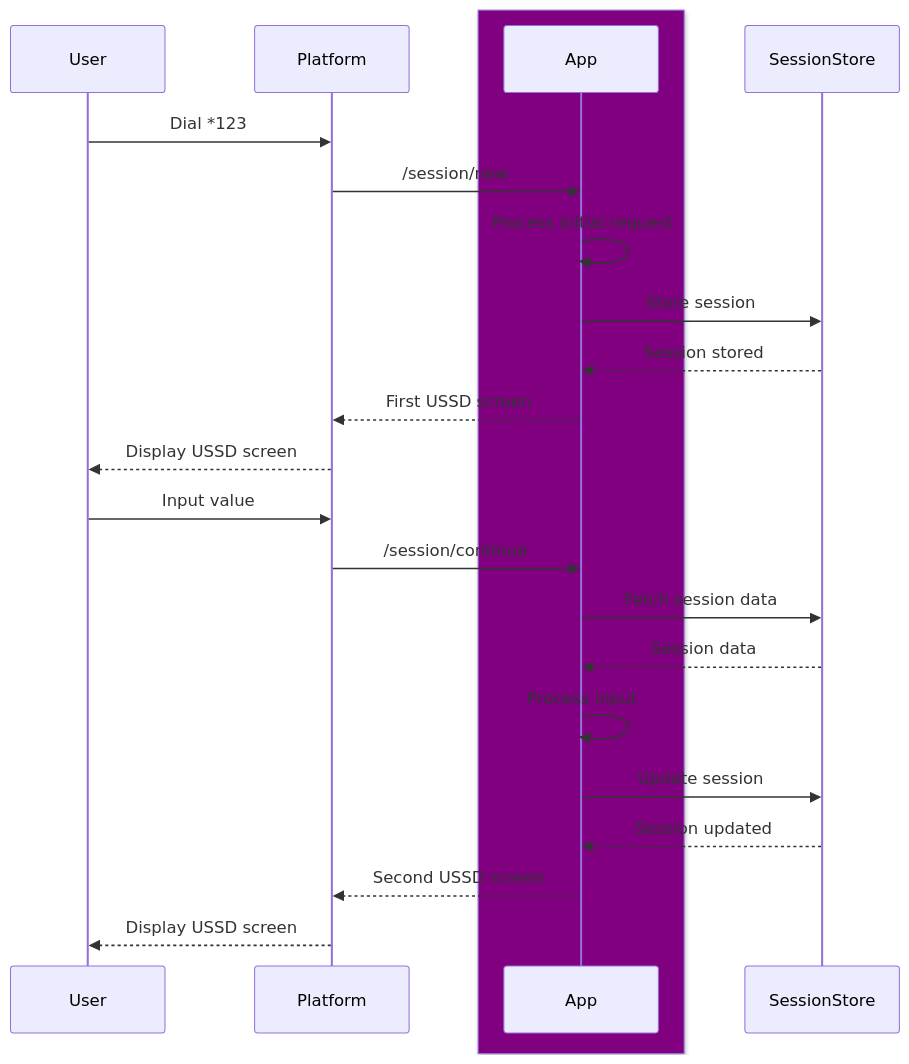
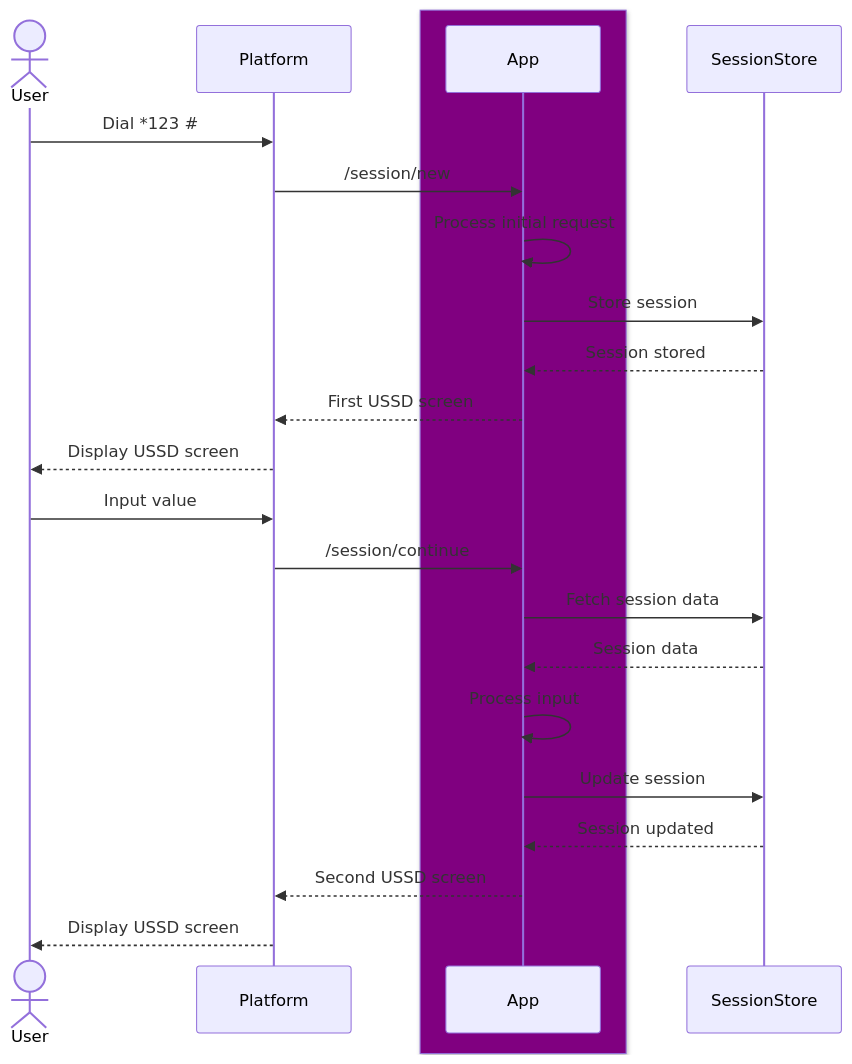
The diagram in README.md (Only1Loatheb/brrricks), drawn with Mermaid before and after one commit.

````diff
--- a/README.md
+++ b/README.md
@@ -3,27 +3,25 @@
 ```mermaid
 sequenceDiagram
-    participant User
+    actor User
     participant Platform
     box Purple
-    participant App
+        participant App
     end
     participant SessionStore
-
-    User->>Platform: Dial *123#
-    Platform->>App: /session/new
-    App->>App: Process initial request
-    App->>SessionStore: Store session
-    SessionStore-->>App: Session stored
-    App-->>Platform: First USSD screen
-    Platform-->>User: Display USSD screen
-
-    User->>Platform: Input value
-    Platform->>App: /session/continue
-    App->>SessionStore: Fetch session data
-    SessionStore-->>App: Session data
-    App->>App: Process input
-    App->>SessionStore: Update session
-    SessionStore-->>App: Session updated
-    App-->>Platform: Second USSD screen
-    Platform-->>User: Display USSD screen
+    User ->> Platform: Dial *123 #35;
+    Platform ->> App: /session/new
+    App ->> App: Process initial request
+    App ->> SessionStore: Store session
+    SessionStore -->> App: Session stored
+    App -->> Platform: First USSD screen
+    Platform -->> User: Display USSD screen
+    User ->> Platform: Input value
+    Platform ->> App: /session/continue
+    App ->> SessionStore: Fetch session data
+    SessionStore -->> App: Session data
+    App ->> App: Process input
+    App ->> SessionStore: Update session
+    SessionStore -->> App: Session updated
+    App -->> Platform: Second USSD screen
+    Platform -->> User: Display USSD screen
 ```
````
